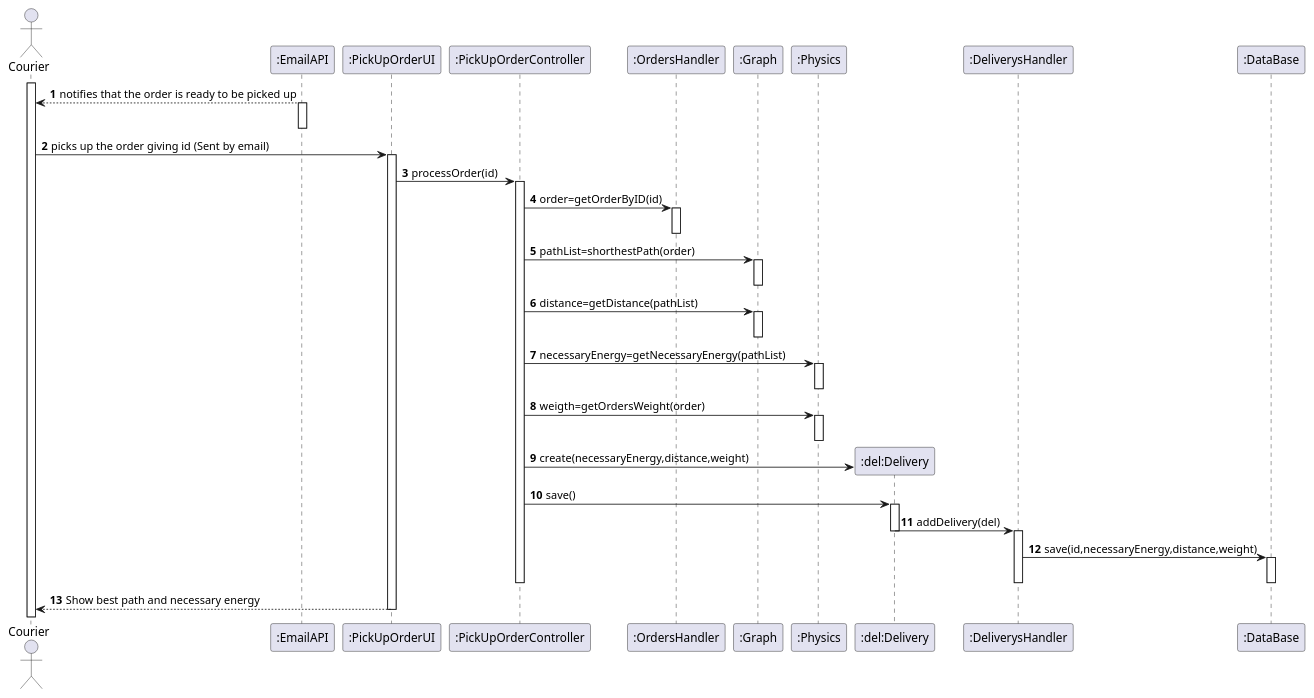
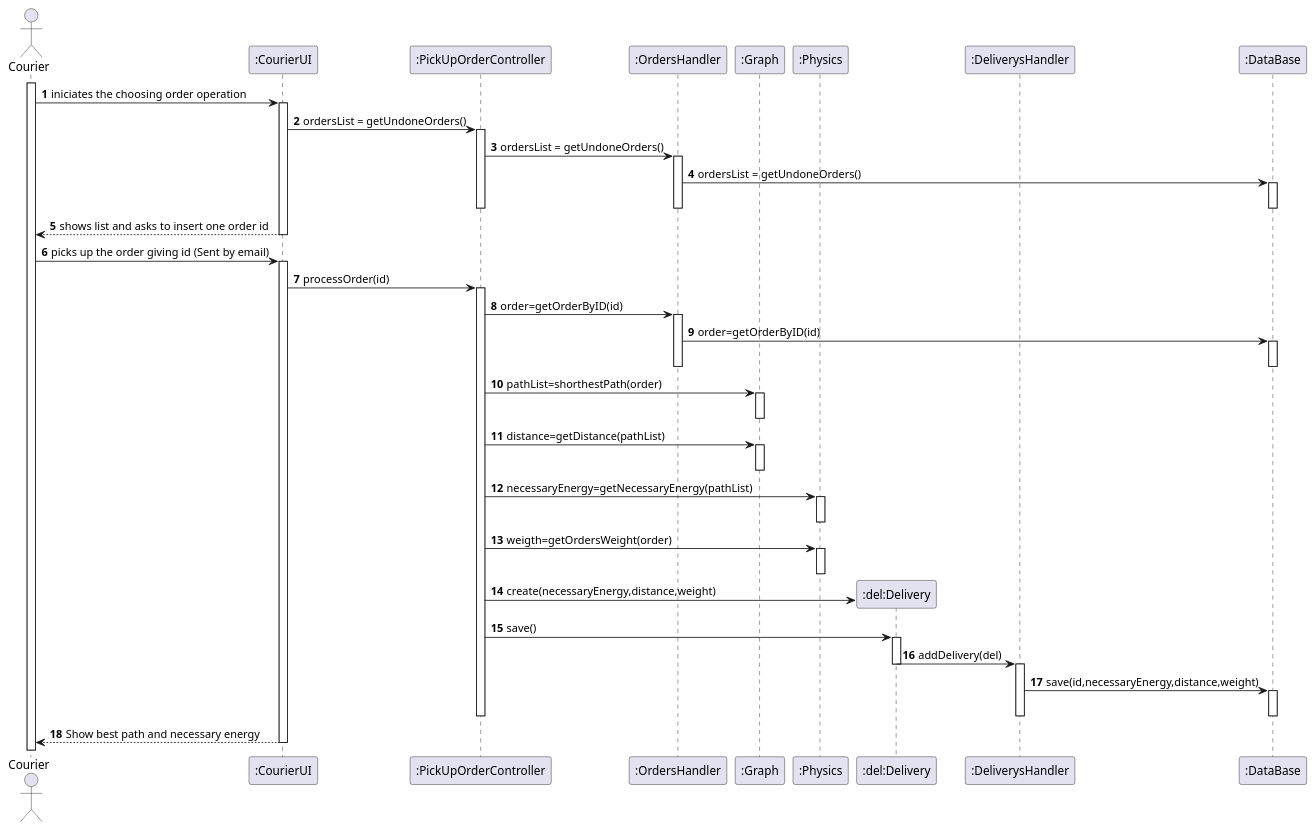
One commit to 1190452/LAPR3 changed the diagram in Documents/UC15/SD.puml. Above: the diagram before and after it, drawn with PlantUML. The commit also changed 14 other files, not shown here.

```diff
--- a/Documents/UC15/SD.puml
+++ b/Documents/UC15/SD.puml
@@ -1,72 +1,90 @@
 @startuml
 autonumber
 'hide footbox
 actor "Courier" as COL
 
-participant ":EmailAPI" as EMAIL
-participant ":PickUpOrderUI" as UI
+
+participant ":CourierUI" as UI
 participant ":PickUpOrderController" as CTRL
 participant ":OrdersHandler" as ORD
 participant ":Graph" as GRA
 participant ":Physics" as PH
 participant ":del:Delivery" as DELI
 participant ":DeliverysHandler" as DEH
 participant ":DataBase" as DB
 
 activate COL
 
-EMAIL --> COL :notifies that the order is ready to be picked up
-activate EMAIL
-deactivate EMAIL
+COL -> UI :iniciates the choosing order operation
+activate UI
+
+UI -> CTRL: ordersList = getUndoneOrders()
+activate CTRL
+CTRL -> ORD : ordersList = getUndoneOrders()
+activate ORD
+ORD -> DB: ordersList = getUndoneOrders()
+activate DB
+deactivate DB
+
+deactivate ORD
+deactivate CTRL
+
+UI --> COL : shows list and asks to insert one order id
+
+
+deactivate UI
 
 COL -> UI :picks up the order giving id (Sent by email)
 activate UI
 UI -> CTRL :processOrder(id)
 activate CTRL
 CTRL -> ORD :order=getOrderByID(id)
 activate ORD
+ORD -> DB: order=getOrderByID(id)
+activate DB
+deactivate DB
 deactivate ORD
 CTRL -> GRA :pathList=shorthestPath(order)
 activate GRA
 deactivate GRA
 CTRL -> GRA :distance=getDistance(pathList)
 activate GRA
 deactivate GRA
 CTRL -> PH :necessaryEnergy=getNecessaryEnergy(pathList)
 activate PH
 deactivate PH
 CTRL -> PH :weigth=getOrdersWeight(order)
 activate PH
 deactivate PH
 CTRL -> DELI**: create(necessaryEnergy,distance,weight)
 
 CTRL -> DELI : save()
 activate DELI
 
 DELI -> DEH : addDelivery(del)
 deactivate DELI
 activate DEH
 
 deactivate DEH
 
 DEH -> DB : save(id,necessaryEnergy,distance,weight)
 activate DB
 deactivate DB
 deactivate DEH
 
 
 deactivate CTRL
 
 
 
 
 
 UI --> COL : Show best path and necessary energy
 
 deactivate UI
 
 
 
 
 
 @enduml
```
